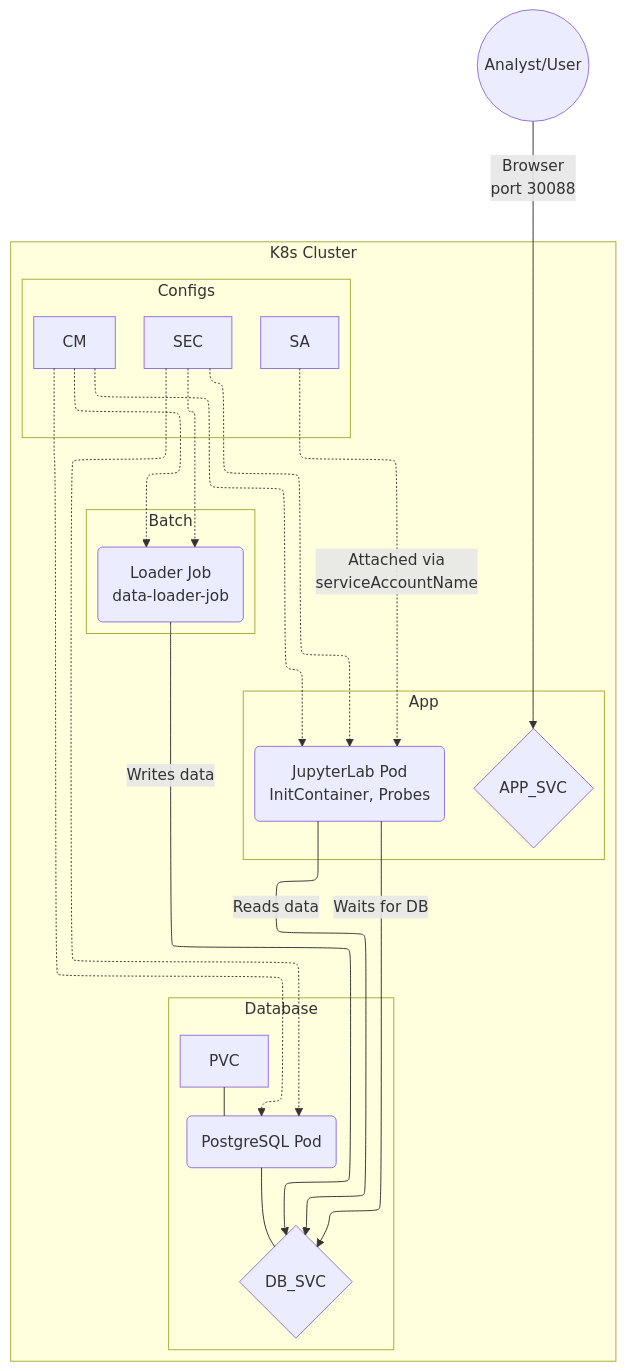
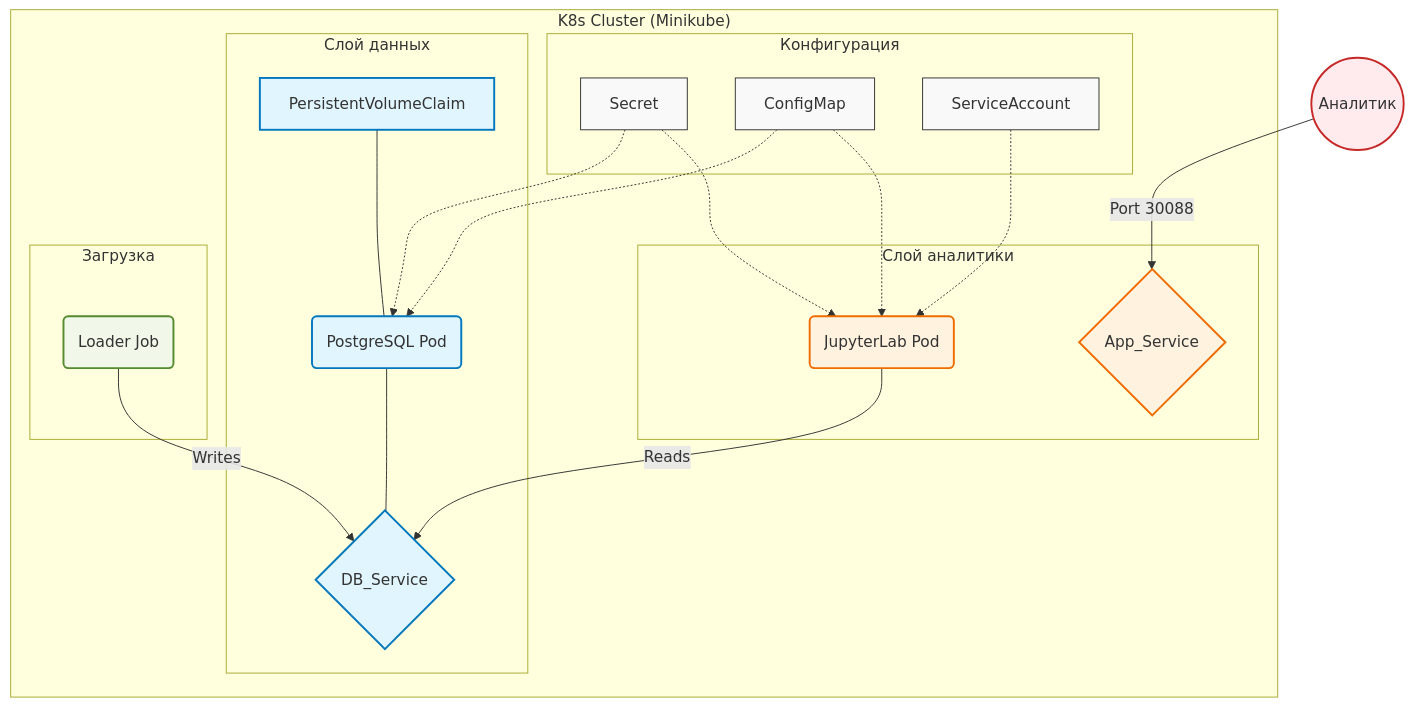
One commit to BosenkoTM/CI_CD_25 changed the diagram in practice/2026/lw_03/lw_03_simple.md. Above: the diagram before and after it, drawn with Mermaid. The commit also changed other lines of this file, not shown here.

````diff
--- a/practice/2026/lw_03/lw_03_simple.md
+++ b/practice/2026/lw_03/lw_03_simple.md
@@ -26,49 +26,53 @@
 ```mermaid
----
-config:
-  layout: elk
----
 graph TD
-    subgraph K8s_Cluster ["K8s Cluster"]
+    %% Определение цветов
+    classDef config fill:#f9f9f9,stroke:#333,stroke-width:1px;
+    classDef db fill:#e1f5fe,stroke:#0277bd,stroke-width:2px;
+    classDef app fill:#fff3e0,stroke:#ef6c00,stroke-width:2px;
+    classDef batch fill:#f1f8e9,stroke:#558b2f,stroke-width:2px;
+    classDef user fill:#ffebee,stroke:#c62828,stroke-width:2px;
+
+    subgraph K8s_Cluster ["K8s Cluster (Minikube)"]
         
-        subgraph Configs ["Configs"]
-            SEC["SEC"]
-            CM["CM"]
-            SA["SA"]
+        subgraph Configs ["Конфигурация"]
+            SEC["Secret"]
+            CM["ConfigMap"]
+            SA["ServiceAccount"]
         end
 
-        subgraph Database ["Database"]
-            PVC["PVC"]
+        subgraph Database ["Слой данных"]
+            PVC["PersistentVolumeClaim"]
             DB_POD("PostgreSQL Pod")
-            DB_SVC{"DB_SVC"}
+            DB_SVC{"DB_Service"}
         end
 
-        subgraph App["App"]
-            APP_POD("JupyterLab Pod<br/>InitContainer, Probes")
-            APP_SVC{"APP_SVC"}
+        subgraph Analytics ["Слой аналитики"]
+            APP_POD("JupyterLab Pod")
+            APP_SVC{"App_Service"}
         end
 
-        subgraph Batch["Batch"]
-            JOB("Loader Job<br/>data-loader-job")
+        subgraph Data ["Загрузка"]
+            JOB("Loader Job")
         end
-        SEC -.-> DB_POD
-        SEC -.-> APP_POD
-        SEC -.-> JOB
-        
-        CM -.-> DB_POD
-        CM -.-> APP_POD
-        CM -.-> JOB
-        
-        SA -.->|Attached via<br/>serviceAccountName| APP_POD
 
-        PVC --- DB_POD
-        
-        DB_POD --- DB_SVC
-        JOB -->|Writes data| DB_SVC
-        APP_POD -->|Reads data| DB_SVC
-        APP_POD -->|Waits for DB| DB_SVC
-        
+        %% Связи
+        SEC -.-> DB_POD:::config
+        SEC -.-> APP_POD:::config
+        CM -.-> DB_POD:::config
+        CM -.-> APP_POD:::config
+        SA -.-> APP_POD:::app
+        PVC --- DB_POD:::db
+        DB_POD --- DB_SVC:::db
+        JOB -->|Writes| DB_SVC:::batch
+        APP_POD -->|Reads| DB_SVC:::app
     end
 
-    User(("Analyst/User")) -->|Browser <br/> port 30088| APP_SVC
+    User(("Аналитик")) -->|Port 30088| APP_SVC:::user
+
+    %% Применение стилей
+    class SEC,CM,SA config;
+    class PVC,DB_POD,DB_SVC db;
+    class APP_POD,APP_SVC app;
+    class JOB batch;
+    class User user;
 ```
````
